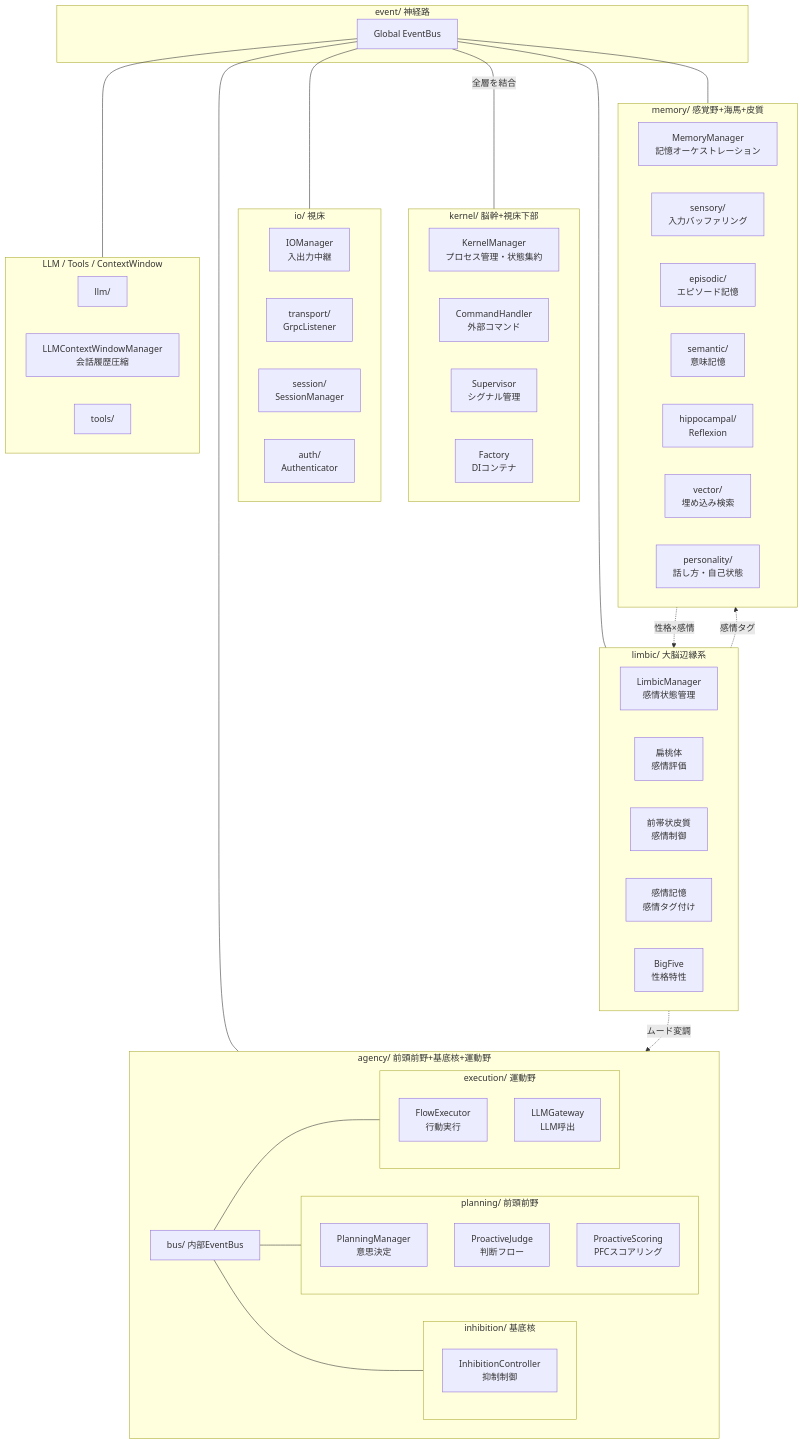
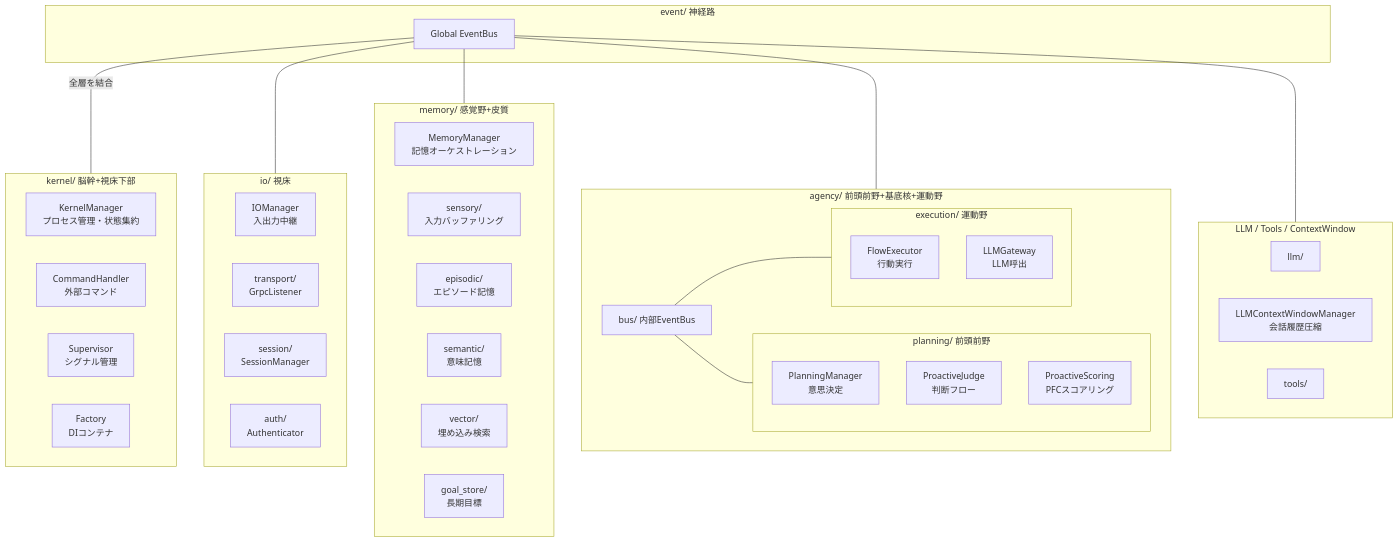
One commit to ibukani/iris-mind changed the first of 4 diagrams in docs/architecture.md. Above: the diagram before and after it, drawn with Mermaid. The commit also changed other lines of this file and 14 other files, not shown here.

First line of the commit message:
docs: 海馬(Hippocampal/Reflexion)参照をドキュメントから除去

````diff
--- a/docs/architecture.md
+++ b/docs/architecture.md
@@ -9,78 +9,59 @@
 ```mermaid
 flowchart TD
     subgraph Kernel["kernel/ 脳幹+視床下部"]
         K_Manager["KernelManager<br/>プロセス管理・状態集約"]
         K_Command["CommandHandler<br/>外部コマンド"]
         K_Supervisor["Supervisor<br/>シグナル管理"]
         K_Factory["Factory<br/>DIコンテナ"]
     end
 
     subgraph IO["io/ 視床"]
         IO_Manager["IOManager<br/>入出力中継"]
         IO_Trans["transport/<br/>GrpcListener"]
         IO_Session["session/<br/>SessionManager"]
         IO_Auth["auth/<br/>Authenticator"]
     end
 
-    subgraph Limbic["limbic/ 大脳辺縁系"]
-        L_Manager["LimbicManager<br/>感情状態管理"]
-        L_Amygdala["扁桃体<br/>感情評価"]
-        L_ACC["前帯状皮質<br/>感情制御"]
-        L_EM["感情記憶<br/>感情タグ付け"]
-        L_BF["BigFive<br/>性格特性"]
-    end
-
-    subgraph Memory["memory/ 感覚野+海馬+皮質"]
+    subgraph Memory["memory/ 感覚野+皮質"]
         M_Manager["MemoryManager<br/>記憶オーケストレーション"]
         M_Sensory["sensory/<br/>入力バッファリング"]
         M_Episodic["episodic/<br/>エピソード記憶"]
         M_Semantic["semantic/<br/>意味記憶"]
-        M_Hippocampal["hippocampal/<br/>Reflexion"]
         M_Vector["vector/<br/>埋め込み検索"]
-        M_Personality["personality/<br/>話し方・自己状態"]
+        M_Goal["goal_store/<br/>長期目標"]
     end
 
     subgraph Agency["agency/ 前頭前野+基底核+運動野"]
         A_Bus["bus/ 内部EventBus"]
 
         subgraph Planning["planning/ 前頭前野"]
             P_Manager["PlanningManager<br/>意思決定"]
             P_Judge["ProactiveJudge<br/>判断フロー"]
             P_Scoring["ProactiveScoring<br/>PFCスコアリング"]
-        end
-
-        subgraph Inhibition["inhibition/ 基底核"]
-            INH["InhibitionController<br/>抑制制御"]
         end
 
         subgraph Execution["execution/ 運動野"]
             E_Exec["FlowExecutor<br/>行動実行"]
             E_LLM["LLMGateway<br/>LLM呼出"]
         end
     end
 
     subgraph Infra["LLM / Tools / ContextWindow"]
         I_LLM["llm/"]
         I_CW["LLMContextWindowManager<br/>会話履歴圧縮"]
         I_TOOLS["tools/"]
     end
 
     subgraph Event["event/ 神経路"]
         EB["Global EventBus"]
     end
 
     EB ---|全層を結合| Kernel
     EB --- IO
-    EB --- Limbic
     EB --- Memory
     EB --- Agency
     EB --- Infra
 
     A_Bus --- Planning
-    A_Bus --- Inhibition
     A_Bus --- Execution
-
-    Limbic -.->|感情タグ| Memory
-    Limbic -.->|ムード変調| Agency
-    Memory -.->|性格×感情| Limbic
 ```
````
